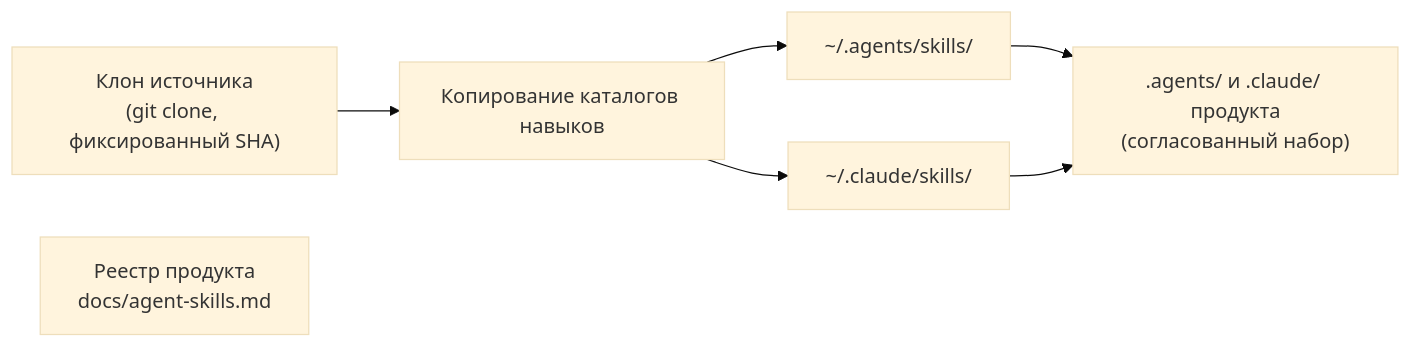
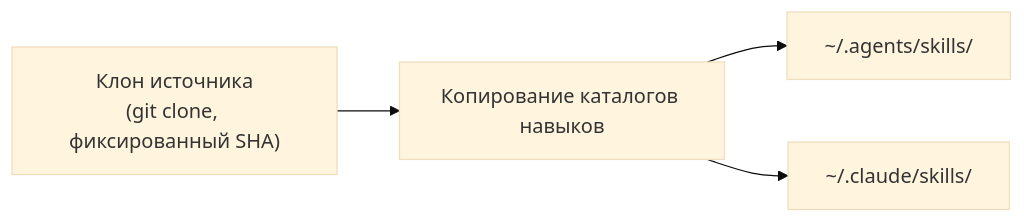
Before and after one commit to vadagama/go-product-platform: the diagram in platform/skills/go-platform-bootstrap/references/skill-sources.md, drawn with Mermaid (base theme). The commit also changed other lines of this file and 51 other files, not shown here.

````diff
--- a/platform/skills/go-platform-bootstrap/references/skill-sources.md
+++ b/platform/skills/go-platform-bootstrap/references/skill-sources.md
@@ -22,9 +24,6 @@
 ```mermaid
 flowchart LR
     A["Клон источника<br/>(git clone, фиксированный SHA)"] --> B["Копирование каталогов навыков"]
     B --> C["~/.agents/skills/"]
     B --> D["~/.claude/skills/"]
-    C --> E[".agents/ и .claude/ продукта<br/>(согласованный набор)"]
-    D --> E
-    F["Реестр продукта<br/>docs/agent-skills.md"]
 ```
````
